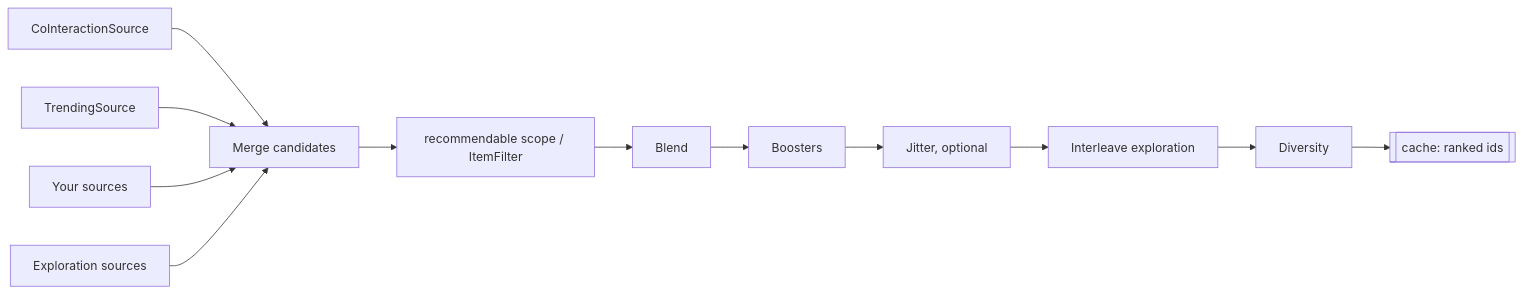
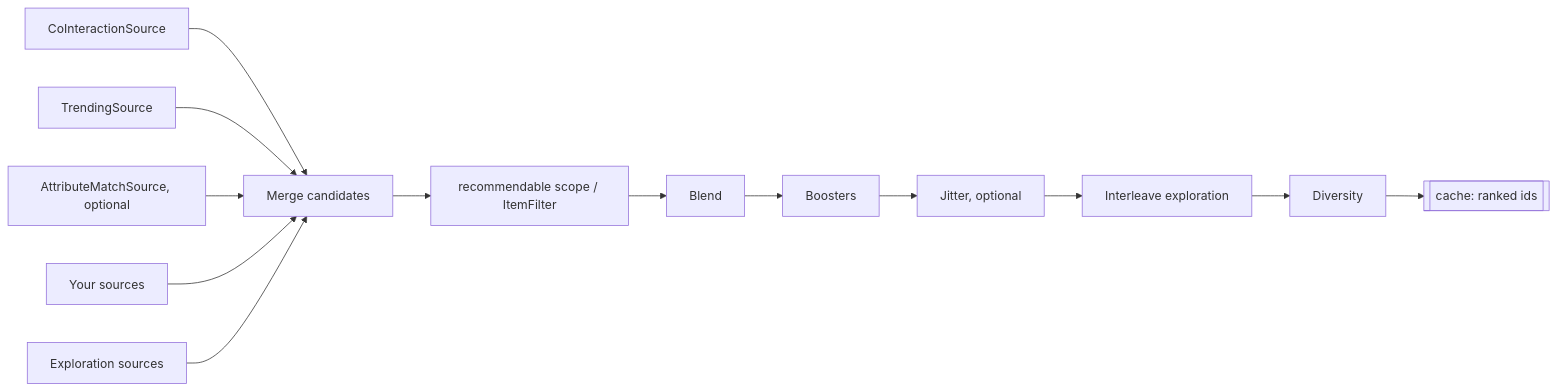
Before and after one commit to solutionforest/laravel-recommender: the third of 3 diagrams in docs/how-it-works.md, drawn with Mermaid. The commit also changed other lines of this file and 18 other files, not shown here.

First line of the commit message:
docs: attribute match and speed checks across the docs; events-advanced example uses attribute match (#54)

````diff
--- a/docs/how-it-works.md
+++ b/docs/how-it-works.md
@@ -64,14 +65,15 @@
 ```mermaid
 flowchart LR
   A1[CoInteractionSource] --> M
   A2[TrendingSource] --> M
+  A4[AttributeMatchSource, optional] --> M
   A3[Your sources] --> M
   X[Exploration sources] --> M
   M[Merge candidates] --> F[recommendable scope / ItemFilter]
   F --> BL[Blend]
   BL --> BO[Boosters]
   BO --> JT[Jitter, optional]
   JT --> EX[Interleave exploration]
   EX --> DV[Diversity]
   DV --> L[[cache: ranked ids]]
 ```
````
